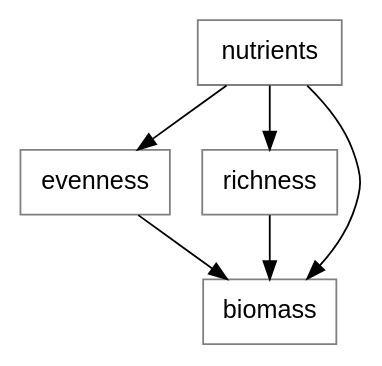
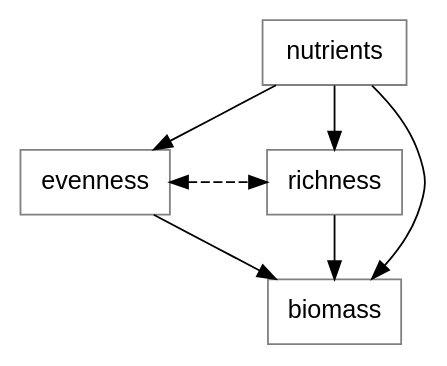
Before and after one commit to pennekampster/Swiss_SEM: diagram 17 of 18 in 5_Slides/Intro_to_SEM_part2.qmd, drawn with Graphviz. The commit also changed other lines of this file and 1 other file, not shown here.

````diff
--- a/5_Slides/Intro_to_SEM_part2.qmd
+++ b/5_Slides/Intro_to_SEM_part2.qmd
@@ -882,25 +884,29 @@
 ```{dot}
 //| fig-width: 5
 digraph  {
 
    # a 'graph' statement
   graph [overlap = false, fontsize = 10, rankdir = TB, ranksep=.5]
 
   # several 'node' statements
   node [shape = box,
         fontname = Helvetica, color="gray"]
   
         evenness, richness;
         nutrients;
 
     nutrients->richness;
     nutrients -> evenness;
     nutrients -> biomass;
 
     evenness-> biomass;
     richness->biomass;
 
+ evenness-> richness [dir=both; minlen=3, style="dashed"] ;
+
+ { rank="same"; evenness, richness}
+
   
  #{ rank="same"; precipitation, nutrients, disturbance}
 }
 ```
````
